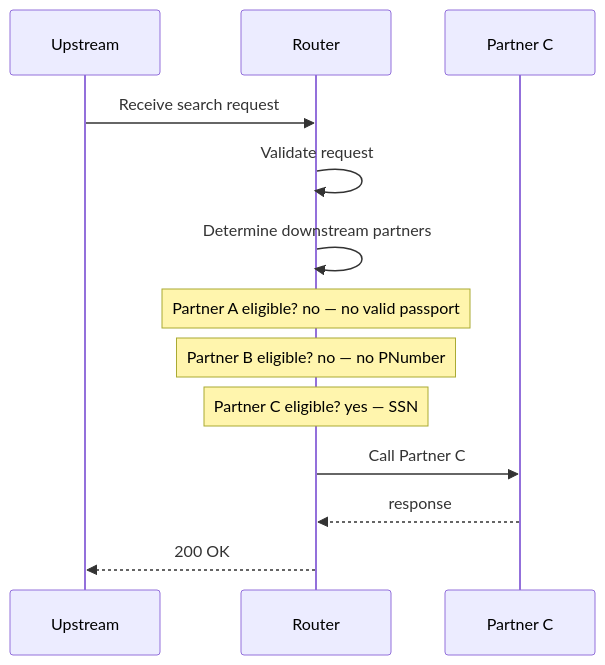
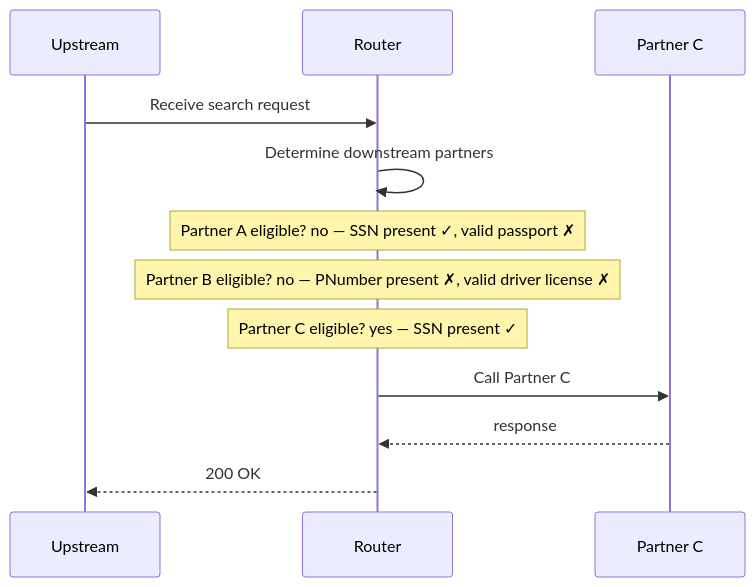
The diagram in main-app/docs/flows/c-only.md (jwdomes/automockit), drawn with Mermaid before and after one commit. The commit also changed other lines of this file and 106 other files, not shown here.

First line of the commit message:
Extract flow docs into add-only library modules; switch Gradle to Groovy

````diff
--- a/main-app/docs/flows/c-only.md
+++ b/main-app/docs/flows/c-only.md
@@ -43,16 +43,15 @@
 ```mermaid
 sequenceDiagram
     %% SSN with a malformed passport: only C is called
     participant UPSTREAM as Upstream
     participant ROUTER as Router
     participant PARTNER_C as Partner C
     UPSTREAM->>ROUTER: Receive search request
-    ROUTER->>ROUTER: Validate request
     ROUTER->>ROUTER: Determine downstream partners
-    Note over ROUTER: Partner A eligible? no — no valid passport
-    Note over ROUTER: Partner B eligible? no — no PNumber
-    Note over ROUTER: Partner C eligible? yes — SSN
+    Note over ROUTER: Partner A eligible? no — SSN present ✓, valid passport ✗
+    Note over ROUTER: Partner B eligible? no — PNumber present ✗, valid driver license ✗
+    Note over ROUTER: Partner C eligible? yes — SSN present ✓
     ROUTER->>PARTNER_C: Call Partner C
     PARTNER_C-->>ROUTER: response
     ROUTER-->>UPSTREAM: 200 OK
 ```
````
